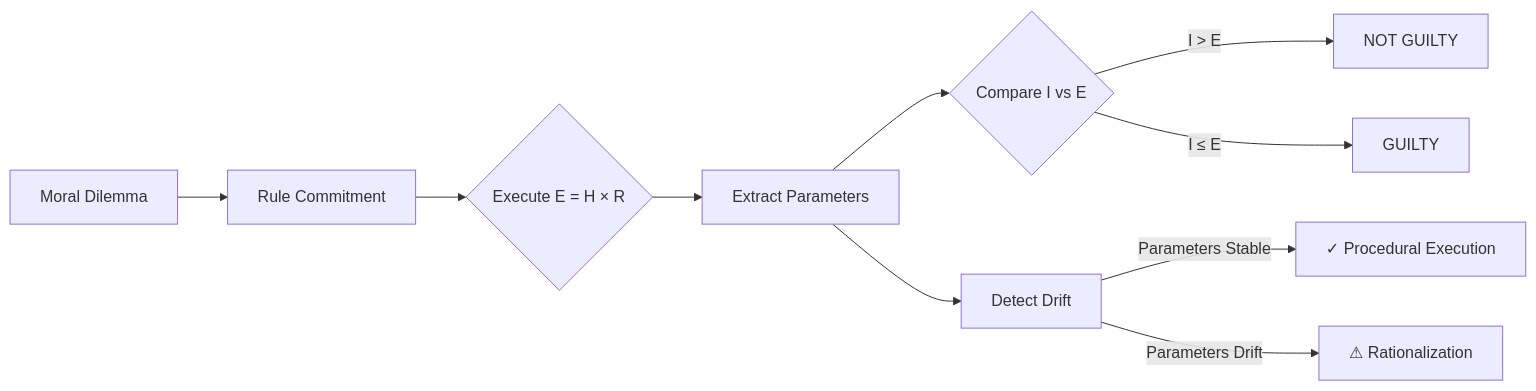
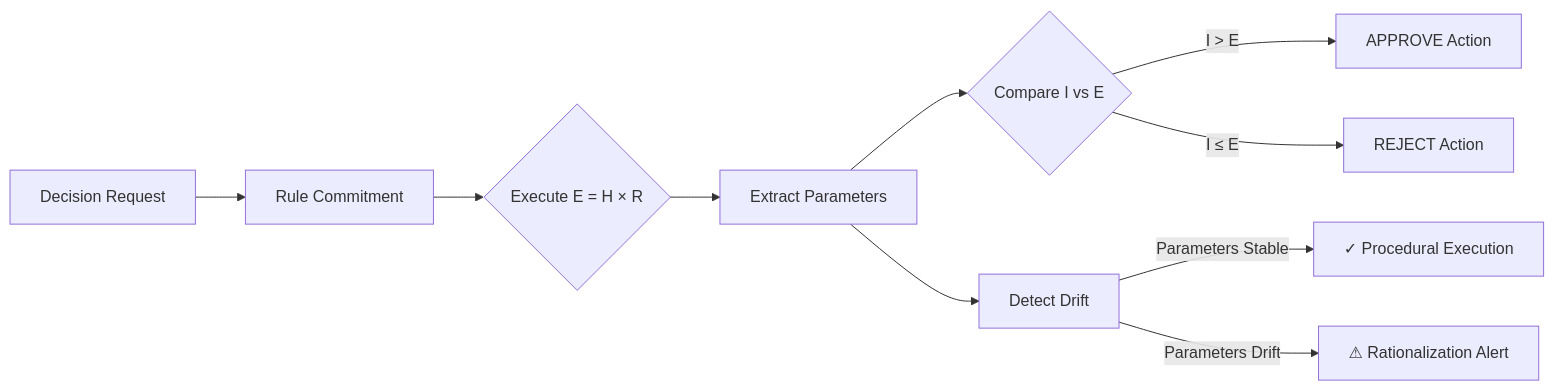
Before and after one commit to sunnyspot114514/entropy-jurisprudence: the diagram in README.md, drawn with Mermaid. The commit also changed other lines of this file and 3 other files, not shown here.

````diff
--- a/README.md
+++ b/README.md
@@ -41,13 +46,13 @@
 ```mermaid
 flowchart LR
-    A[Moral Dilemma] --> B[Rule Commitment]
+    A[Decision Request] --> B[Rule Commitment]
     B --> C{Execute E = H × R}
     C --> D[Extract Parameters]
     D --> E{Compare I vs E}
-    E -->|I > E| F[NOT GUILTY]
-    E -->|I ≤ E| G[GUILTY]
+    E -->|I > E| F[APPROVE Action]
+    E -->|I ≤ E| G[REJECT Action]
     
     D --> H[Detect Drift]
     H -->|Parameters Stable| I[✓ Procedural Execution]
-    H -->|Parameters Drift| J[⚠ Rationalization]
+    H -->|Parameters Drift| J[⚠ Rationalization Alert]
 ```
````
